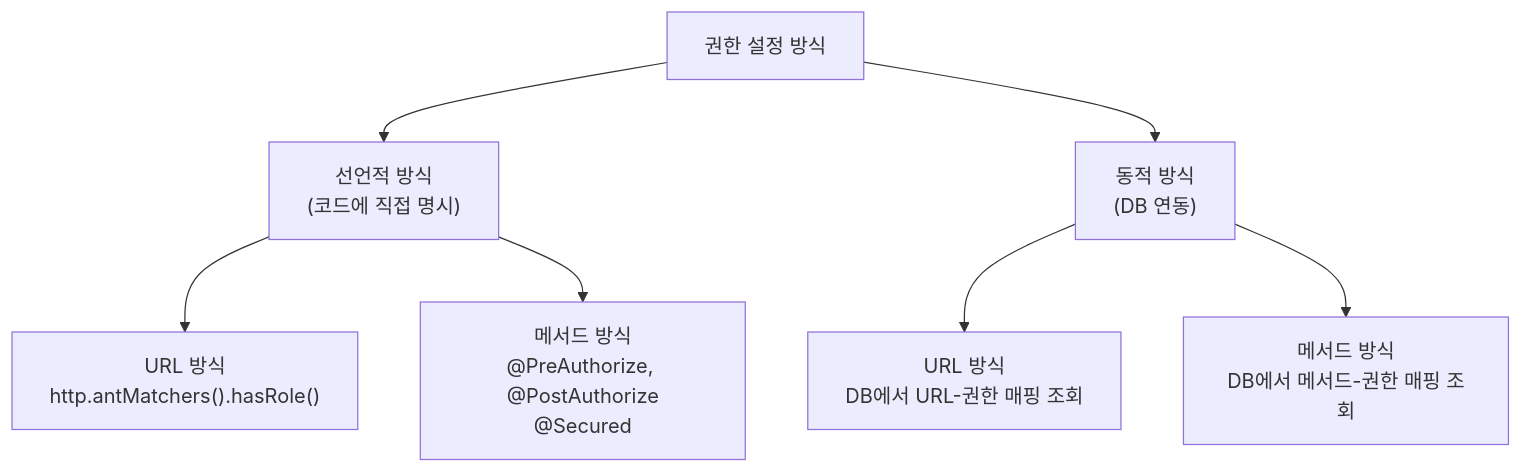
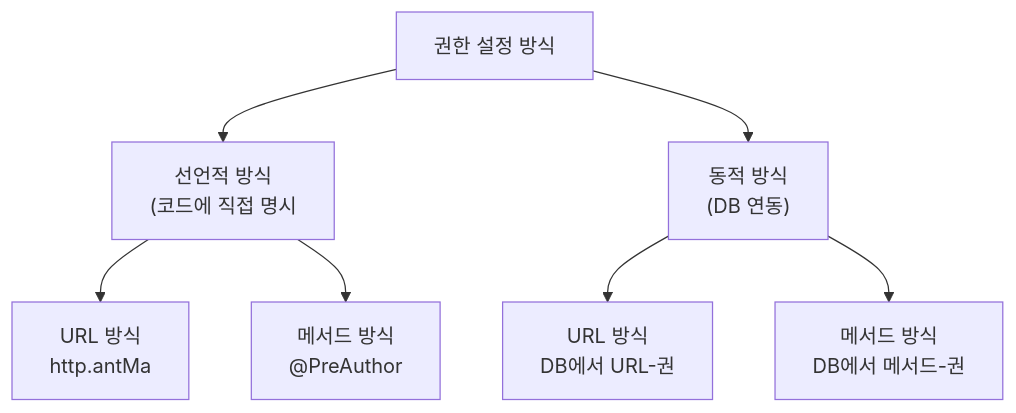
One commit to yjkim2015/yjkim2015.github.io changed the first of 2 diagrams in _posts/security/2021-02-24-권한 설정 및 표현식.md. Above: the diagram before and after it, drawn with Mermaid. The commit also changed other lines of this file and 271 other files, not shown here.

First line of the commit message:
Mermaid 라벨 축소: 긴 노드 텍스트 18자 이하로 트림 + \n 제거

````diff
--- a/_posts/security/2021-02-24-권한 설정 및 표현식.md
+++ b/_posts/security/2021-02-24-권한 설정 및 표현식.md
@@ -20,9 +20,9 @@
 ```mermaid
 flowchart TD
-    A["권한 설정 방식"] --> B["선언적 방식\n(코드에 직접 명시)"]
+    A["권한 설정 방식"] --> B["선언적 방식\n(코드에 직접 명시"]
     A --> C["동적 방식\n(DB 연동)"]
-    B --> D["URL 방식\nhttp.antMatchers().hasRole()"]
-    B --> E["메서드 방식\n@PreAuthorize, @PostAuthorize\n@Secured"]
-    C --> F["URL 방식\nDB에서 URL-권한 매핑 조회"]
-    C --> G["메서드 방식\nDB에서 메서드-권한 매핑 조회"]
+    B --> D["URL 방식\nhttp.antMa"]
+    B --> E["메서드 방식\n@PreAuthor"]
+    C --> F["URL 방식\nDB에서 URL-권"]
+    C --> G["메서드 방식\nDB에서 메서드-권"]
 ```
````
